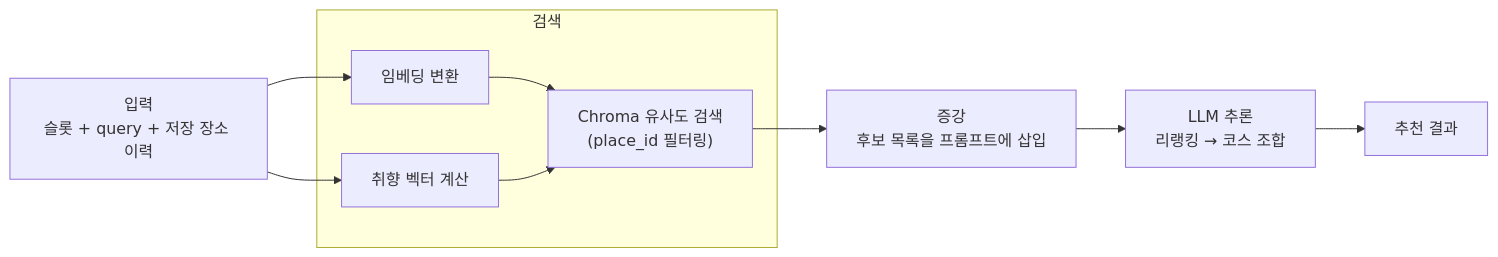
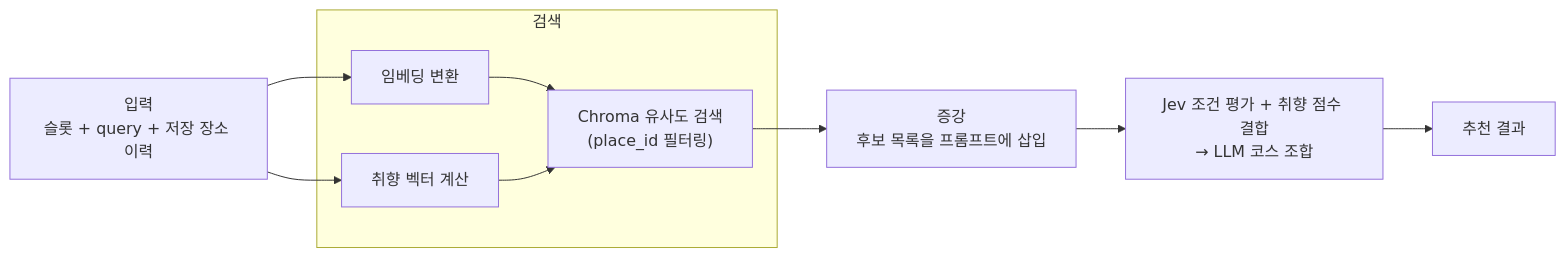
The first of 2 diagrams in docs/5_wiki_context_augmentation.md (100-hours-a-week/KTB4-8th-AI), drawn with Mermaid before and after one commit. The commit also changed other lines of this file and 5 other files, not shown here.

````diff
--- a/docs/5_wiki_context_augmentation.md
+++ b/docs/5_wiki_context_augmentation.md
@@ -25,18 +26,18 @@
 ```mermaid
 flowchart LR
     Q["입력<br/>슬롯 + query + 저장 장소 이력"]
 
     subgraph RET["검색"]
         E["임베딩 변환"]
         V["취향 벡터 계산"]
         S["Chroma 유사도 검색<br/>(place_id 필터링)"]
     end
 
     A["증강<br/>후보 목록을 프롬프트에 삽입"]
-    L["LLM 추론<br/>리랭킹 → 코스 조합"]
+    L["Jev 조건 평가 + 취향 점수 결합<br/>→ LLM 코스 조합"]
     R["추천 결과"]
 
     Q --> E --> S
     Q --> V --> S
     S --> A --> L --> R
 ```
````
